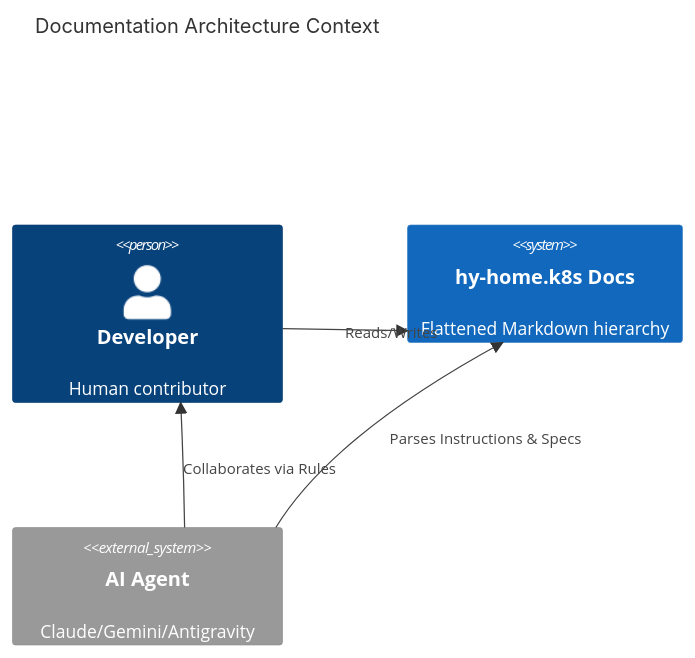
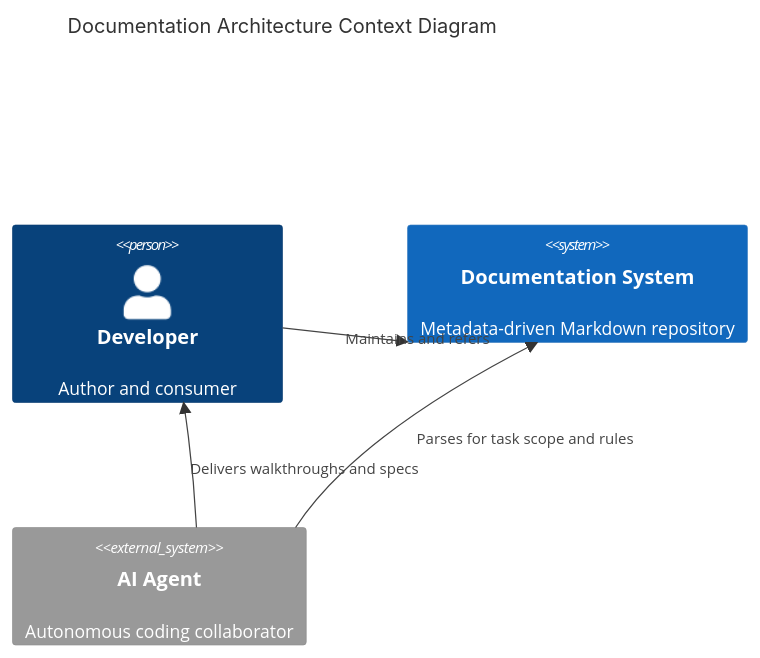
One commit to buenhyden/hy-home.k8s changed the first of 2 diagrams in docs/ard/2026-03-15-documentation-architecture-ard.md. Above: the diagram before and after it, drawn with Mermaid. The commit also changed other lines of this file and 50 other files, not shown here.

````diff
--- a/docs/ard/2026-03-15-documentation-architecture-ard.md
+++ b/docs/ard/2026-03-15-documentation-architecture-ard.md
@@ -50,11 +36,11 @@
 ```mermaid
 C4Context
-    title Documentation Architecture Context
-    Person(dev, "Developer", "Human contributor")
-    System(docs, "hy-home.k8s Docs", "Flattened Markdown hierarchy")
-    System_Ext(agent, "AI Agent", "Claude/Gemini/Antigravity")
+    title Documentation Architecture Context Diagram
+    Person(dev, "Developer", "Author and consumer")
+    System(docs, "Documentation System", "Metadata-driven Markdown repository")
+    System_Ext(agent, "AI Agent", "Autonomous coding collaborator")
 
-    Rel(dev, docs, "Reads/Writes")
-    Rel(agent, docs, "Parses Instructions & Specs")
-    Rel(agent, dev, "Collaborates via Rules")
+    Rel(dev, docs, "Maintains and refers")
+    Rel(agent, docs, "Parses for task scope and rules")
+    Rel(agent, dev, "Delivers walkthroughs and specs")
 ```
````
